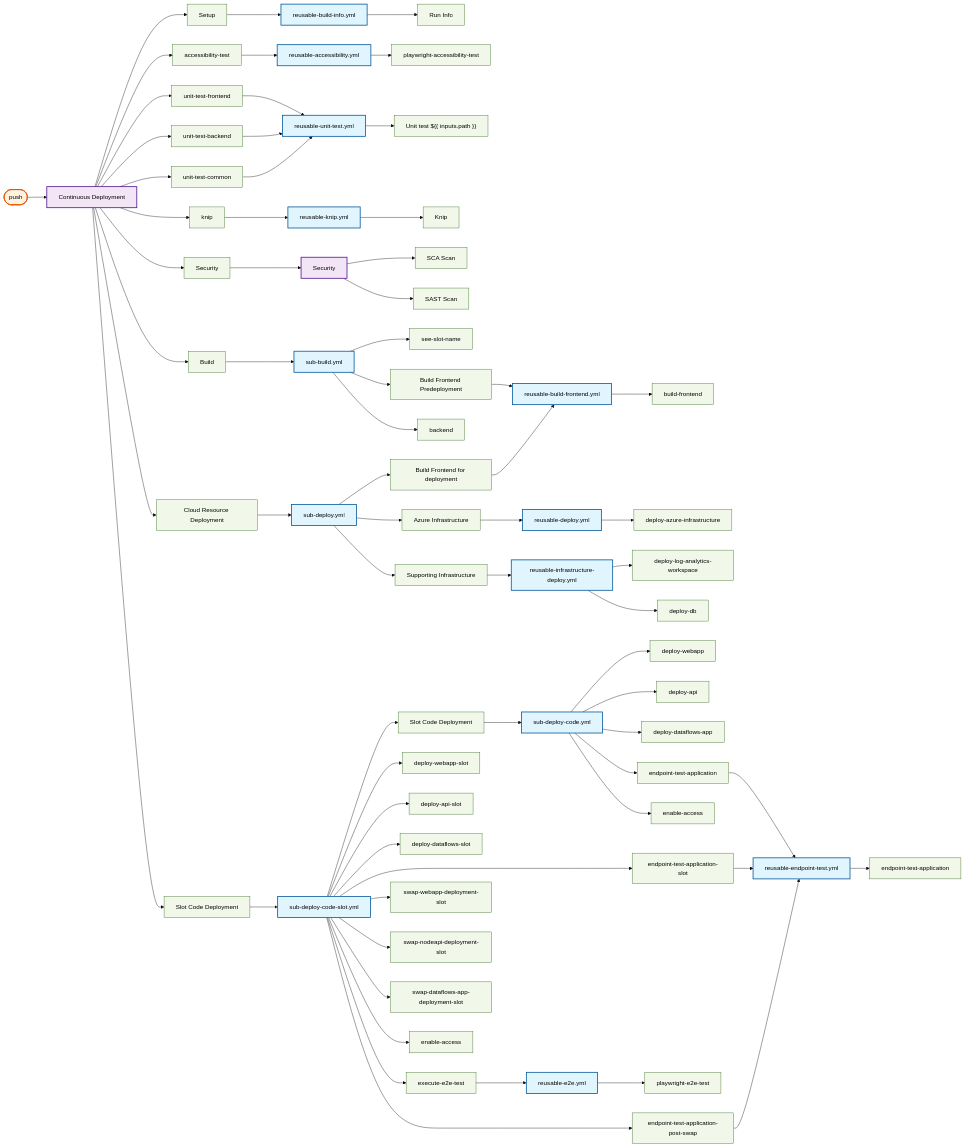
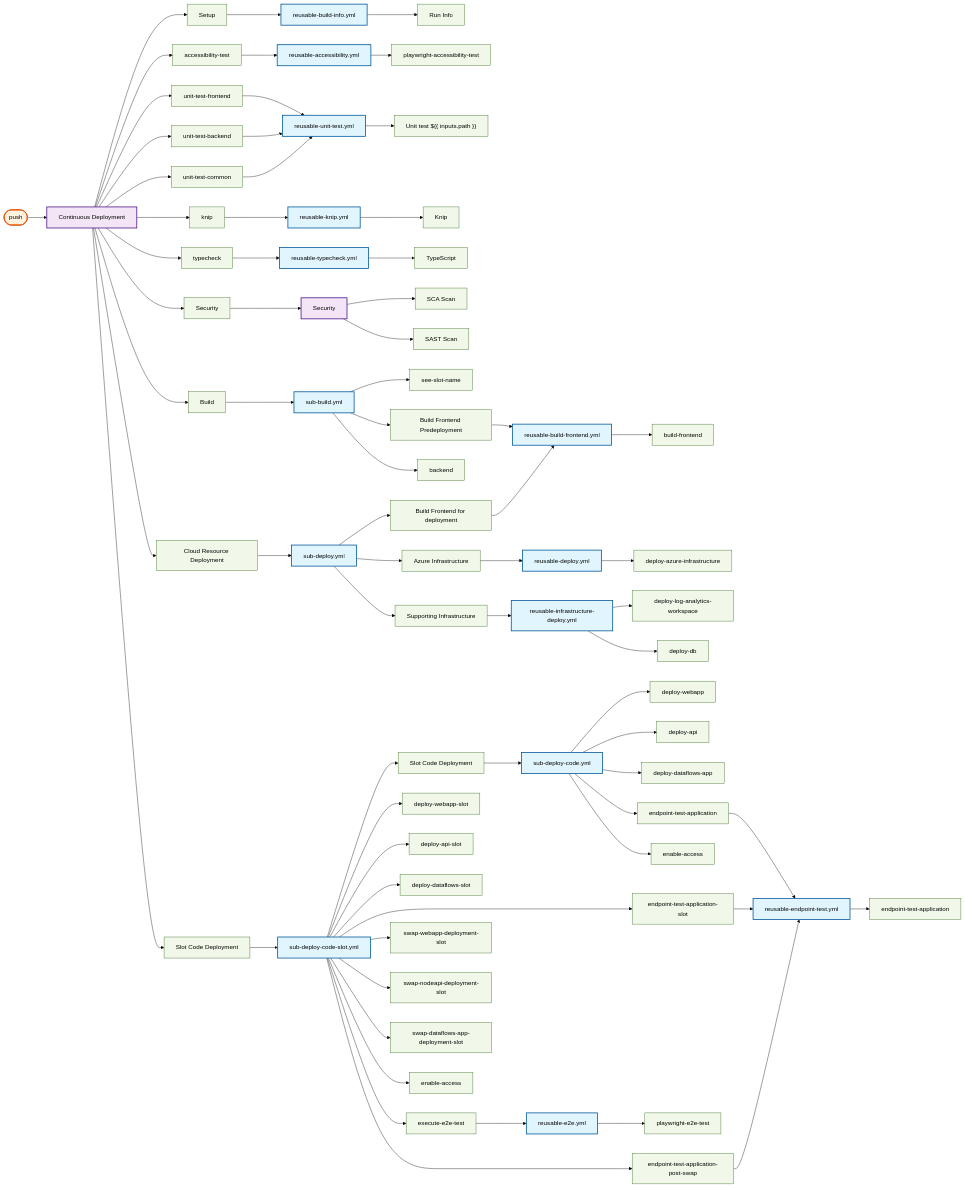
One commit to US-Trustee-Program/Bankruptcy-Oversight-Support-Systems changed the seventh of 22 diagrams in docs/operations/workflow-diagram.md. Above: the diagram before and after it, drawn with Mermaid (base theme). The commit also changed other lines of this file and 2 other files, not shown here.

First line of the commit message:
Add typecheck job to continuous deployment

```diff
--- a/docs/operations/workflow-diagram.md
+++ b/docs/operations/workflow-diagram.md
@@ -270,6 +270,9 @@
     continuous_deployment_yml_knip["knip"]
     reusable_knip_yml["reusable-knip.yml"]
     reusable_knip_yml_knip["Knip"]
+    continuous_deployment_yml_typecheck["typecheck"]
+    reusable_typecheck_yml["reusable-typecheck.yml"]
+    reusable_typecheck_yml_typecheck["TypeScript"]
     continuous_deployment_yml_security_scan["Security"]
     sub_security_scan_yml["Security"]
     sub_security_scan_yml_sca_scan["SCA Scan"]
@@ -332,6 +335,9 @@
     continuous_deployment_yml --> continuous_deployment_yml_knip
     reusable_knip_yml --> reusable_knip_yml_knip
     continuous_deployment_yml_knip --> reusable_knip_yml
+    continuous_deployment_yml --> continuous_deployment_yml_typecheck
+    reusable_typecheck_yml --> reusable_typecheck_yml_typecheck
+    continuous_deployment_yml_typecheck --> reusable_typecheck_yml
     continuous_deployment_yml --> continuous_deployment_yml_security_scan
     sub_security_scan_yml --> sub_security_scan_yml_sca_scan
     sub_security_scan_yml --> sub_security_scan_yml_sast_scan
@@ -401,6 +407,9 @@
     class continuous_deployment_yml_knip job
     class reusable_knip_yml reusable
     class reusable_knip_yml_knip job
+    class continuous_deployment_yml_typecheck job
+    class reusable_typecheck_yml reusable
+    class reusable_typecheck_yml_typecheck job
     class continuous_deployment_yml_security_scan job
     class sub_security_scan_yml mainWorkflow
     class sub_security_scan_yml_sca_scan job
```
